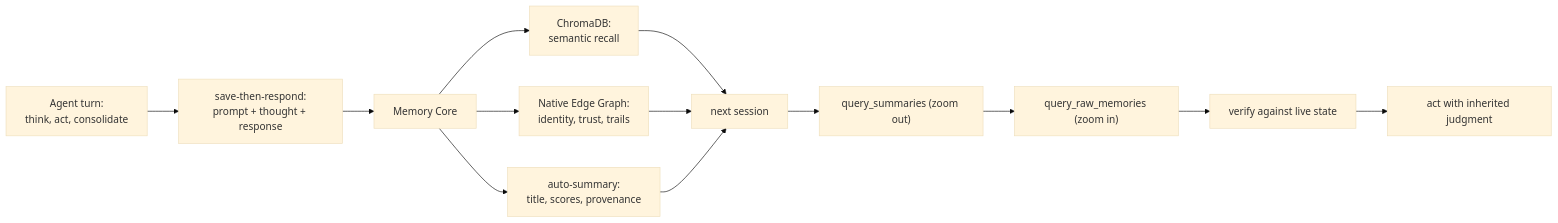
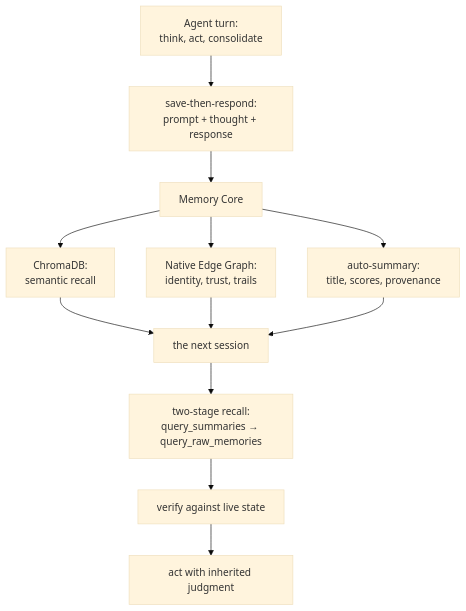
Before and after one commit to neomjs/neo: the first of 3 diagrams in learn/agentos/MemoryCore.md, drawn with Mermaid (base theme). The commit also changed other lines of this file, not shown here.

Commit message:
docs(agentos): vertical (TD) Mermaid layout for readability in MemoryCore.md (#14342)

````diff
--- a/learn/agentos/MemoryCore.md
+++ b/learn/agentos/MemoryCore.md
@@ -23,15 +23,14 @@
 ```mermaid
-flowchart LR
+flowchart TD
     Turn["Agent turn:<br/>think, act, consolidate"] --> Save["save-then-respond:<br/>prompt + thought + response"]
     Save --> Core["Memory Core"]
     Core --> Chroma["ChromaDB:<br/>semantic recall"]
     Core --> Edges["Native Edge Graph:<br/>identity, trust, trails"]
     Core --> Summ["auto-summary:<br/>title, scores, provenance"]
-    Chroma --> Next["next session"]
-    Edges --> Next
-    Summ --> Next
-    Next --> ZoomOut["query_summaries (zoom out)"]
-    ZoomOut --> ZoomIn["query_raw_memories (zoom in)"]
-    ZoomIn --> Verify["verify against live state"]
+    Chroma --> Recall["the next session"]
+    Edges --> Recall
+    Summ --> Recall
+    Recall --> Zoom["two-stage recall:<br/>query_summaries → query_raw_memories"]
+    Zoom --> Verify["verify against live state"]
     Verify --> Act["act with inherited judgment"]
 ```
````
